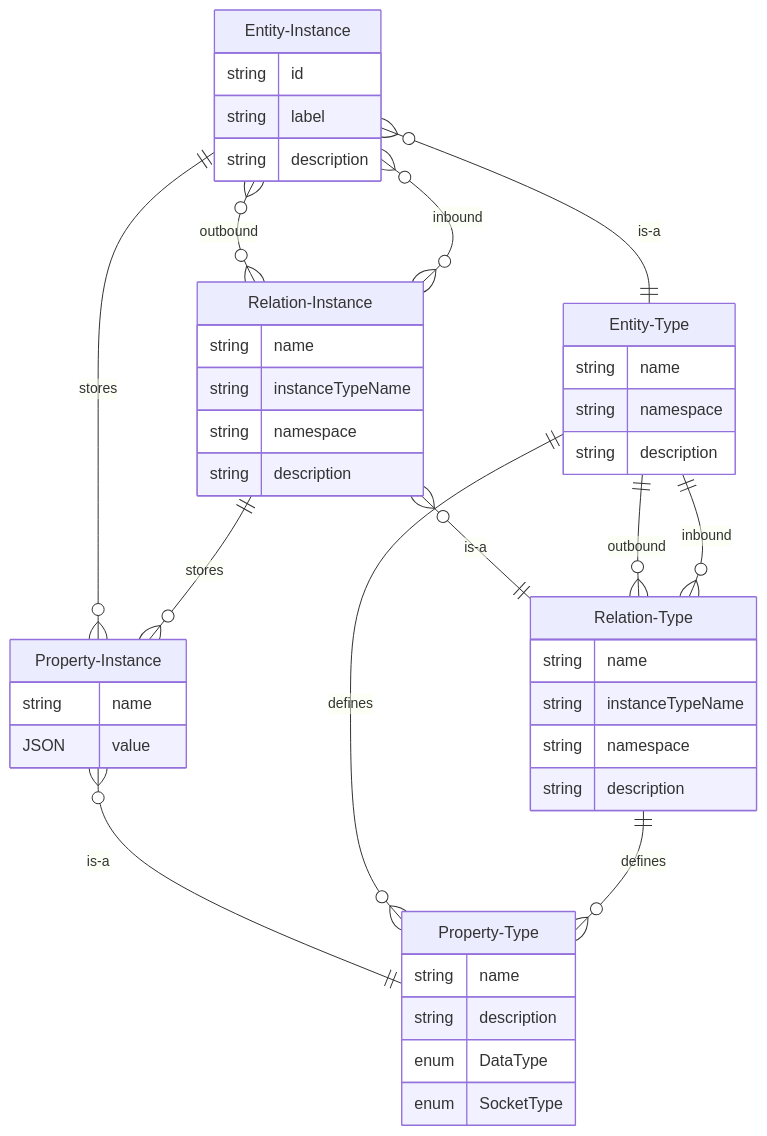
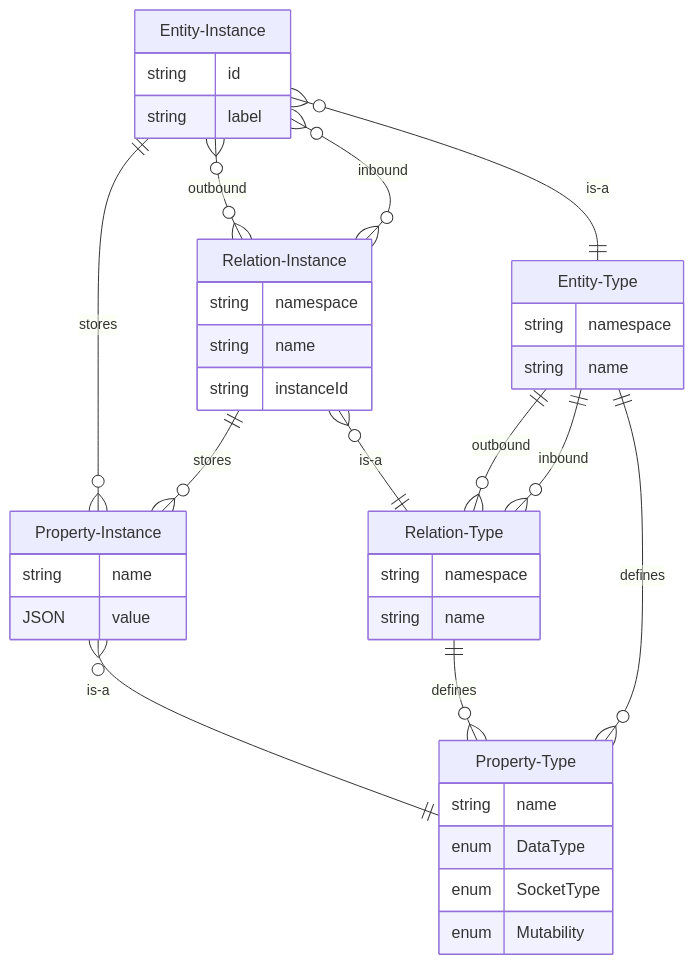
One commit to reactive-graph/reactive-graph changed the second of 2 diagrams in docs/inexor-rgf/src/Model_Entity_Instance.md. Above: the diagram before and after it, drawn with Mermaid. The commit also changed other lines of this file and 8 other files, not shown here.

````diff
--- a/docs/inexor-rgf/src/Model_Entity_Instance.md
+++ b/docs/inexor-rgf/src/Model_Entity_Instance.md
@@ -85,46 +85,41 @@
 ```mermaid
 erDiagram
     Entity-Type {
+        string namespace
         string name
-        string namespace
-        string description
     }
     Entity-Instance {
         string id
         string label
-        string description
     }
     Relation-Type {
+        string namespace
         string name
-        string instanceTypeName
-        string namespace
-        string description
     }
     Relation-Instance {
+        string namespace
         string name
-        string instanceTypeName
-        string namespace
-        string description
+        string instanceId
     }
     Property-Type {
         string name
-        string description
         enum DataType
         enum SocketType
+        enum Mutability
     }
     Property-Instance {
         string name
         JSON value
     }
     Entity-Instance ||--}o Property-Instance : stores
     Entity-Instance o{--}o Relation-Instance : outbound
     Entity-Instance o{--}o Relation-Instance : inbound
     Relation-Instance ||--}o Property-Instance : stores
     Relation-Instance o{--|| Relation-Type : is-a
     Property-Instance o{--|| Property-Type : is-a
     Entity-Instance o{--|| Entity-Type : is-a
-    Entity-Type ||--}o Property-Type : defines
     Relation-Type ||--}o Property-Type : defines
     Entity-Type ||--}o Relation-Type : outbound
     Entity-Type ||--}o Relation-Type : inbound
+    Entity-Type ||--}o Property-Type : defines
 ```
````
